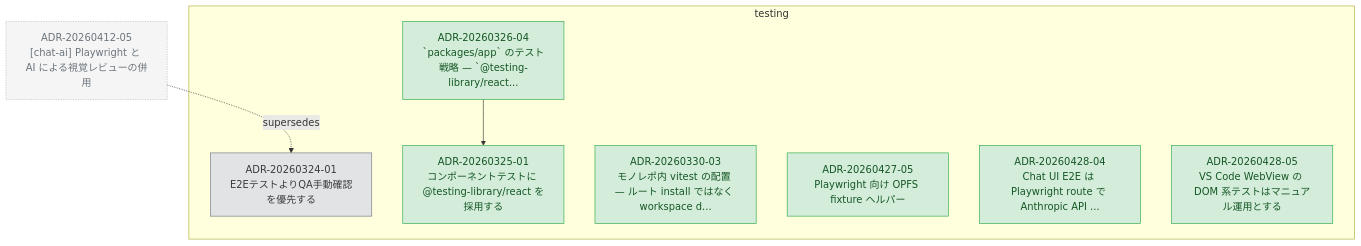
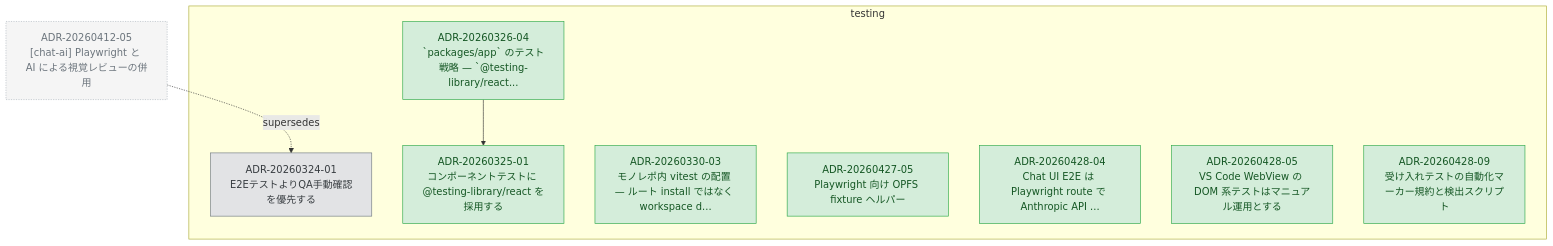
One commit to kompiro/karasu changed the diagram in docs/adr/graph/testing.md. Above: the diagram before and after it, drawn with Mermaid. The commit also changed other lines of this file and 3 other files, not shown here.

````diff
--- a/docs/adr/graph/testing.md
+++ b/docs/adr/graph/testing.md
@@ -6,30 +6,32 @@
 ```mermaid
 flowchart TD
   subgraph testing["testing"]
     ADR_20260324_01["ADR-20260324-01<br/>E2EテストよりQA手動確認を優先する"]
     ADR_20260325_01["ADR-20260325-01<br/>コンポーネントテストに @testing-library/react を採用する"]
     ADR_20260326_04["ADR-20260326-04<br/>`packages/app` のテスト戦略 — `@testing-library/react..."]
     ADR_20260330_03["ADR-20260330-03<br/>モノレポ内 vitest の配置 — ルート install ではなく workspace d..."]
     ADR_20260427_05["ADR-20260427-05<br/>Playwright 向け OPFS fixture ヘルパー"]
     ADR_20260428_04["ADR-20260428-04<br/>Chat UI E2E は Playwright route で Anthropic API ..."]
     ADR_20260428_05["ADR-20260428-05<br/>VS Code WebView の DOM 系テストはマニュアル運用とする"]
+    ADR_20260428_09["ADR-20260428-09<br/>受け入れテストの自動化マーカー規約と検出スクリプト"]
   end
   ADR_20260412_05["ADR-20260412-05<br/>[chat-ai] Playwright と AI による視覚レビューの併用"]
   ADR_20260326_04 --> ADR_20260325_01
   ADR_20260412_05 -.supersedes.-> ADR_20260324_01
 
   classDef accepted fill:#d4edda,stroke:#28a745,color:#155724
   classDef proposed fill:#fff3cd,stroke:#ffc107,color:#856404
   classDef deprecated fill:#f8d7da,stroke:#dc3545,color:#721c24
   classDef superseded fill:#e2e3e5,stroke:#6c757d,color:#383d41
   classDef not_adopted fill:#e2e3e5,stroke:#6c757d,color:#383d41,stroke-dasharray:3 3
   classDef ghost fill:#f5f5f5,stroke:#adb5bd,color:#6c757d,stroke-dasharray:2 2
   class ADR_20260324_01 superseded
   class ADR_20260325_01 accepted
   class ADR_20260326_04 accepted
   class ADR_20260330_03 accepted
   class ADR_20260427_05 accepted
   class ADR_20260428_04 accepted
   class ADR_20260428_05 accepted
+  class ADR_20260428_09 accepted
   class ADR_20260412_05 ghost
 ```
````
